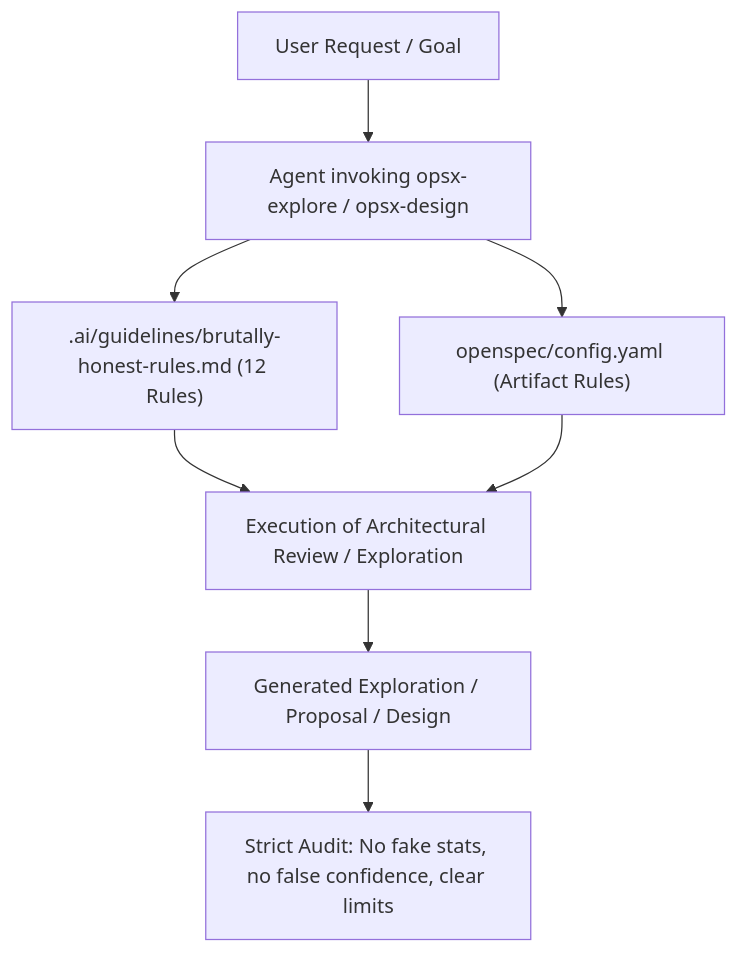
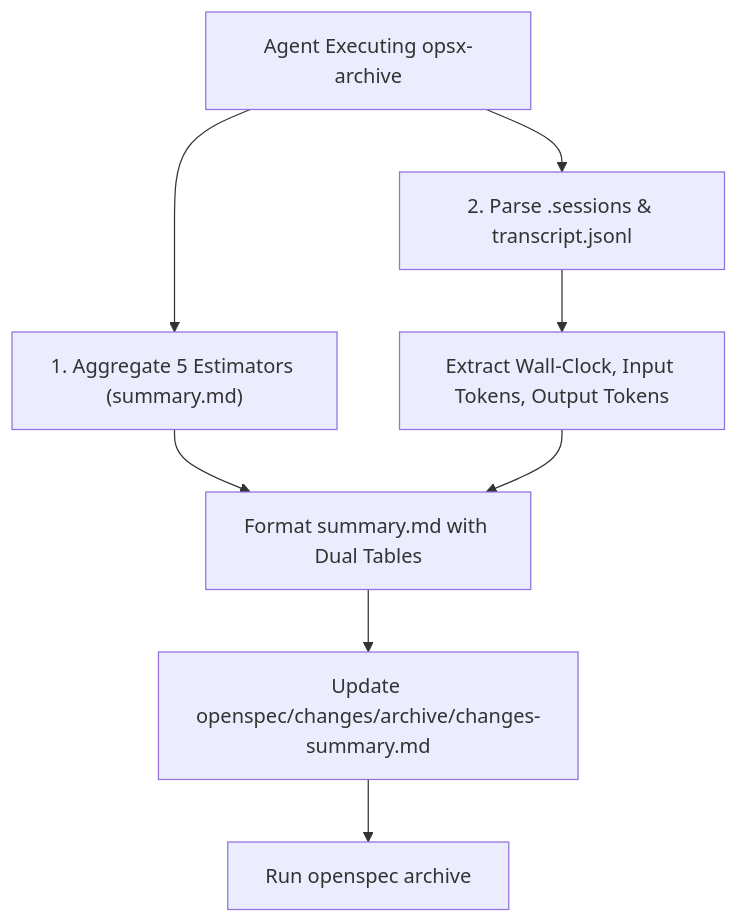
Before and after one commit to ptrzeciakowski/gen-ai-orchestrator: the diagram in openspec/changes/orch-constructive-criticizm/design.md, drawn with Mermaid. The commit also changed other lines of this file and 2 other files, not shown here.

Commit message:
Enhance architectural design documentation and tasks; implement 12 Rules of Brutal Honesty, update README structure, and establish estimation metrics

````diff
--- a/openspec/changes/orch-constructive-criticizm/design.md
+++ b/openspec/changes/orch-constructive-criticizm/design.md
@@ -19,9 +69,9 @@
 ```mermaid
 graph TD
-    A["User Request / Goal"] --> B["Agent invoking opsx-explore / opsx-design"]
-    B --> C[".ai/guidelines/brutally-honest-rules.md (12 Rules)"]
-    B --> D["openspec/config.yaml (Artifact Rules)"]
-    C & D --> E["Execution of Architectural Review / Exploration"]
-    E --> F["Generated Exploration / Proposal / Design"]
-    F --> G["Strict Audit: No fake stats, no false confidence, clear limits"]
+    A["Agent Executing opsx-archive"] --> B["1. Aggregate 5 Estimators (summary.md)"]
+    A --> C["2. Parse .sessions & transcript.jsonl"]
+    C --> D["Extract Wall-Clock, Input Tokens, Output Tokens"]
+    B & D --> E["Format summary.md with Dual Tables"]
+    E --> F["Update openspec/changes/archive/changes-summary.md"]
+    F --> G["Run openspec archive <change-id>"]
 ```
````
